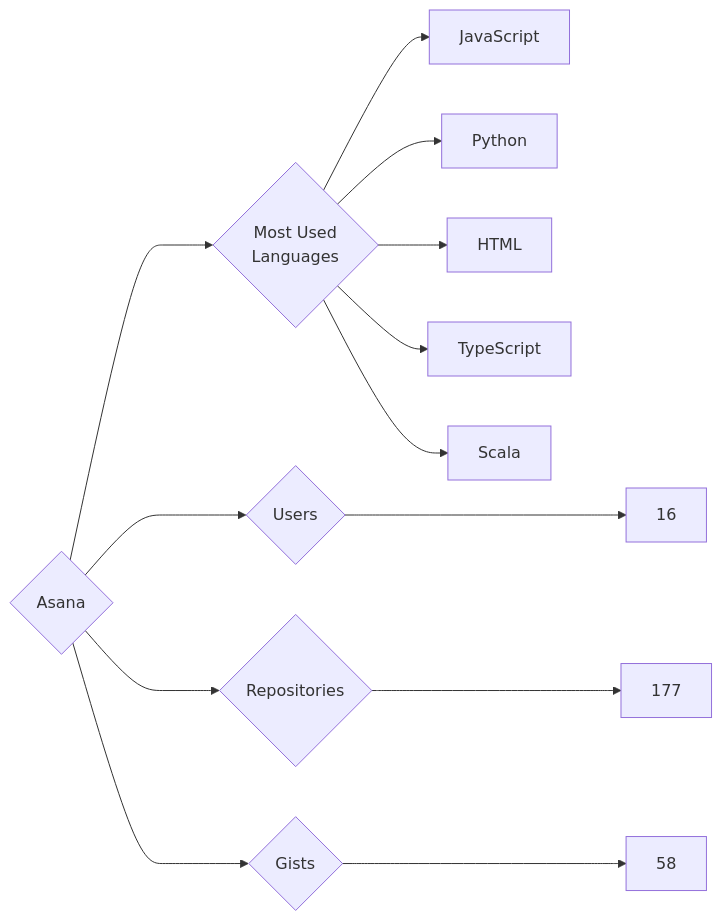
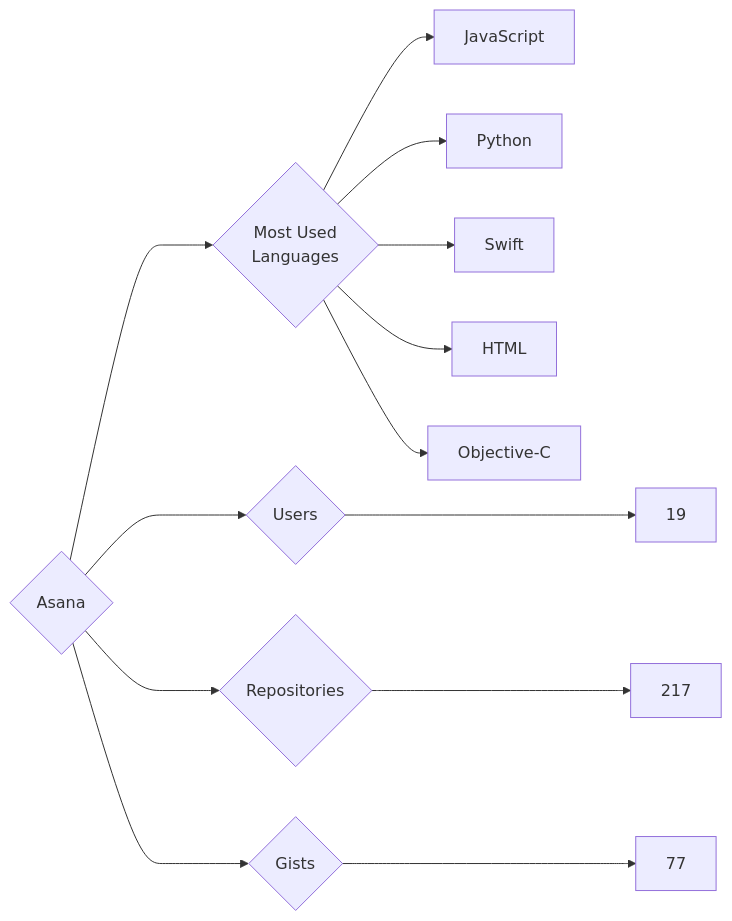
One commit to trickest/insiders changed the diagram in targets/Asana/README.md. Above: the diagram before and after it, drawn with Mermaid. The commit also changed 1020 other files, not shown here.

````diff
--- a/targets/Asana/README.md
+++ b/targets/Asana/README.md
@@ -3,13 +3,13 @@
 ```mermaid
 graph LR
 COMPANY_NAME{Asana}
-COMPANY_NAME ---> U{Users} ---> UN[16]
-COMPANY_NAME ---> R{Repositories} ---> RN[177]
-COMPANY_NAME ---> G{Gists} ---> GN[58]
+COMPANY_NAME ---> U{Users} ---> UN[19]
+COMPANY_NAME ---> R{Repositories} ---> RN[217]
+COMPANY_NAME ---> G{Gists} ---> GN[77]
 COMPANY_NAME ---> ML{Most Used<br>Languages}
 ML --> JavaScript[JavaScript]
 ML --> Python[Python]
+ML --> Swift[Swift]
 ML --> HTML[HTML]
-ML --> TypeScript[TypeScript]
-ML --> Scala[Scala]
+ML --> Objective-C[Objective-C]
 ```
````
